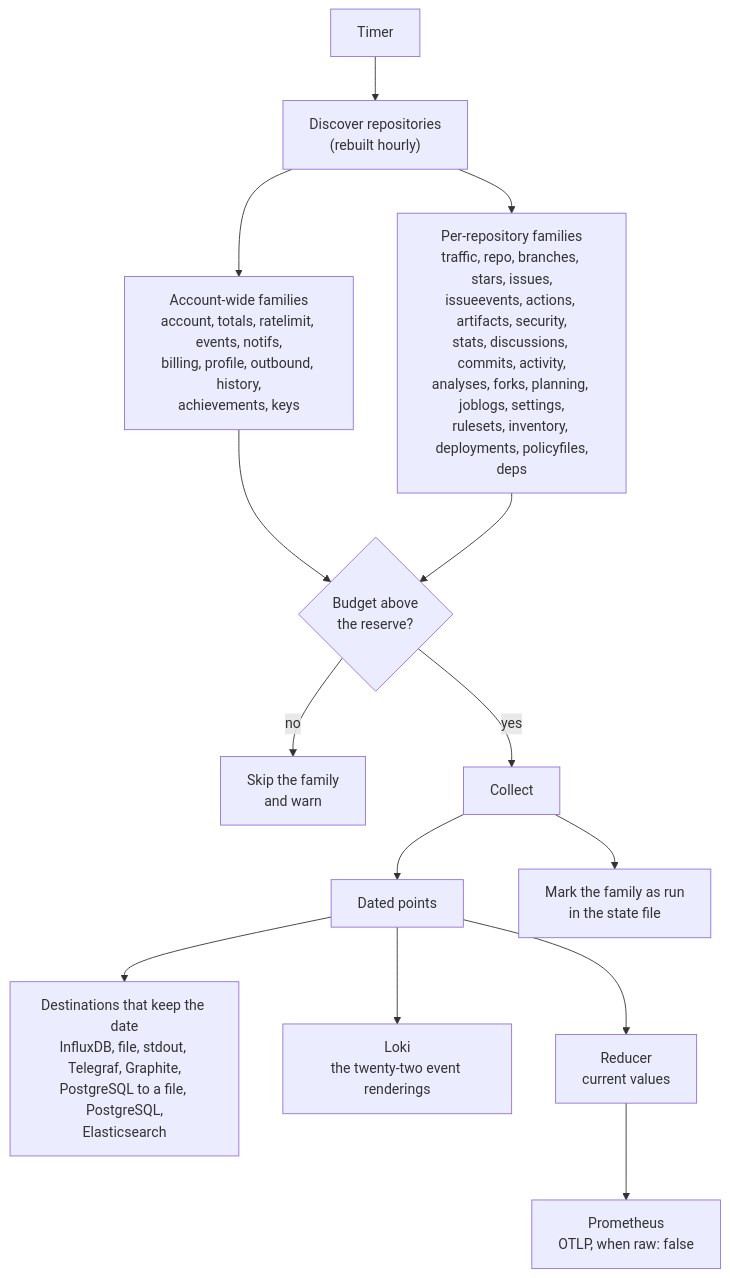
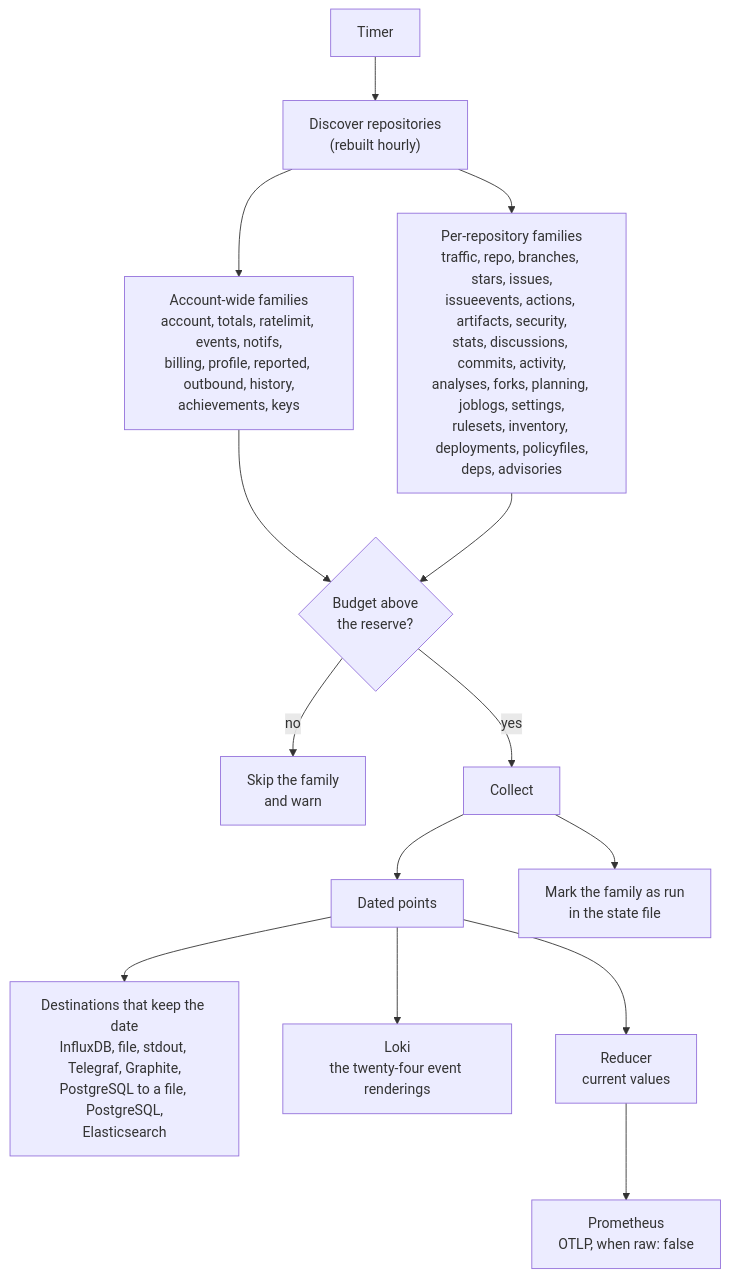
One commit to jmrplens/ghchronicle changed the diagram in docs/how-it-works.md. Above: the diagram before and after it, drawn with Mermaid. The commit also changed 91 other files, not shown here.

First line of the commit message:
Collect security advisories, received and reported (#135)

````diff
--- a/docs/how-it-works.md
+++ b/docs/how-it-works.md
@@ -22,17 +22,17 @@
 ```mermaid
 %% Generated by site/scripts/gen-figures.mjs from internal/config/config.go and internal/run/runner.go
 flowchart TD
     T["Timer"] --> D["Discover repositories<br/>(rebuilt hourly)"]
-    D --> A["Account-wide families<br/>account, totals, ratelimit, events, notifs,<br/>billing, profile, outbound, history,<br/>achievements, keys"]
-    D --> R["Per-repository families<br/>traffic, repo, branches, stars, issues,<br/>issueevents, actions, artifacts, security,<br/>stats, discussions, commits, activity,<br/>analyses, forks, planning, joblogs, settings,<br/>rulesets, inventory, deployments, policyfiles,<br/>deps"]
+    D --> A["Account-wide families<br/>account, totals, ratelimit, events, notifs,<br/>billing, profile, reported, outbound, history,<br/>achievements, keys"]
+    D --> R["Per-repository families<br/>traffic, repo, branches, stars, issues,<br/>issueevents, actions, artifacts, security,<br/>stats, discussions, commits, activity,<br/>analyses, forks, planning, joblogs, settings,<br/>rulesets, inventory, deployments, policyfiles,<br/>deps, advisories"]
     A --> B{"Budget above<br/>the reserve?"}
     R --> B
     B -- "no" --> S["Skip the family<br/>and warn"]
     B -- "yes" --> C["Collect"]
     C --> P["Dated points"]
     P --> H["Destinations that keep the date<br/>InfluxDB, file, stdout, Telegraf, Graphite,<br/>PostgreSQL to a file, PostgreSQL,<br/>Elasticsearch"]
-    P --> L["Loki<br/>the twenty-two event renderings"]
+    P --> L["Loki<br/>the twenty-four event renderings"]
     P --> RD["Reducer<br/>current values"]
     RD --> G["Prometheus<br/>OTLP, when raw: false"]
     C --> M["Mark the family as run<br/>in the state file"]
 ```
````
